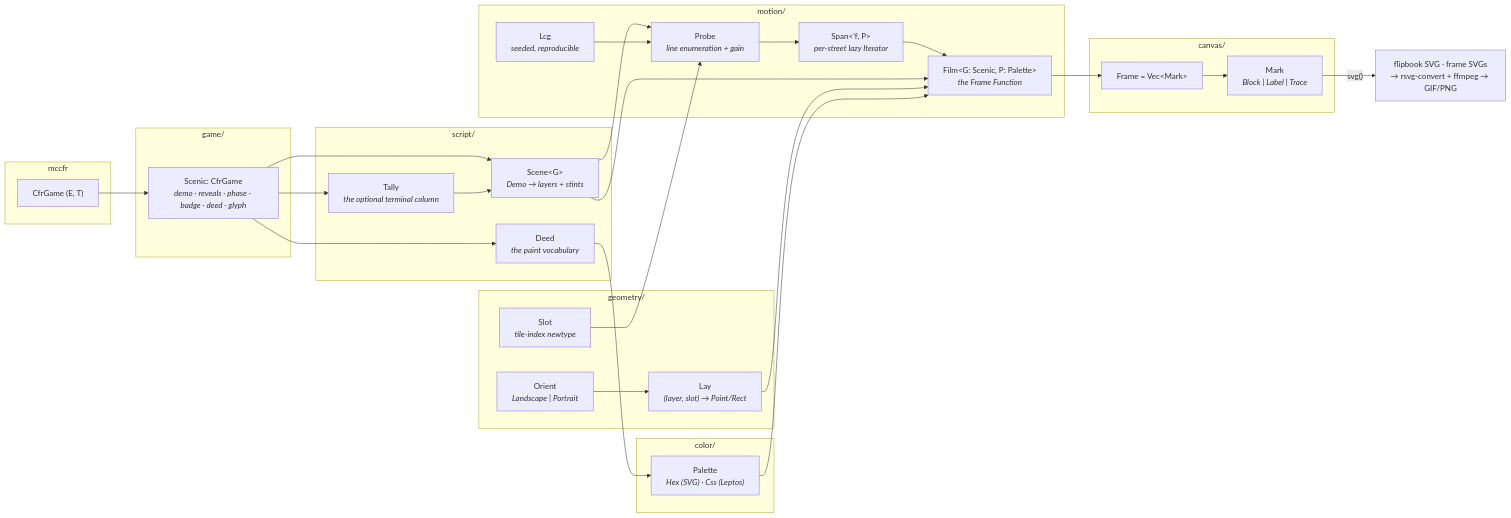
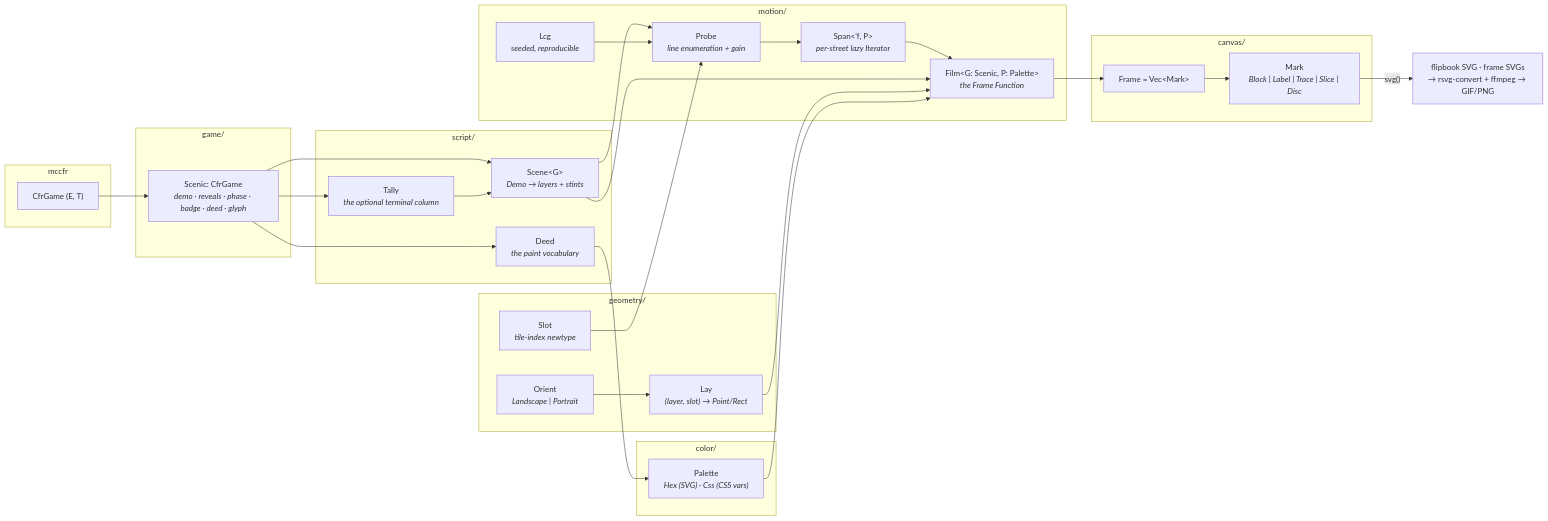
Before and after one commit to krukah/robopoker: the diagram in crates/reel/README.md, drawn with Mermaid. The commit also changed other lines of this file and 26 other files, not shown here.

````diff
--- a/crates/reel/README.md
+++ b/crates/reel/README.md
@@ -10,48 +10,48 @@
 ```mermaid
 flowchart LR
   subgraph mccfr
     game["CfrGame (E, T)"]
   end
   subgraph gamedir ["game/"]
     scenic["Scenic: CfrGame<br/><i>demo · reveals · phase · badge · deed · glyph</i>"]
   end
   subgraph script ["script/"]
     scene["Scene&lt;G&gt;<br/><i>Demo → layers + stints</i>"]
     deed["Deed<br/><i>the paint vocabulary</i>"]
     tally["Tally<br/><i>the optional terminal column</i>"]
   end
   subgraph geometry ["geometry/"]
     slot["Slot<br/><i>tile-index newtype</i>"]
     orient["Orient<br/><i>Landscape | Portrait</i>"]
     lay["Lay<br/><i>(layer, slot) → Point/Rect</i>"]
   end
   subgraph motion ["motion/"]
     lcg["Lcg<br/><i>seeded, reproducible</i>"]
     probe["Probe<br/><i>line enumeration + gain</i>"]
     film["Film&lt;G: Scenic, P: Palette&gt;<br/><i>the Frame Function</i>"]
     span["Span&lt;'f, P&gt;<br/><i>per-street lazy Iterator</i>"]
   end
   subgraph canvas ["canvas/"]
     frame["Frame = Vec&lt;Mark&gt;"]
-    mark["Mark<br/><i>Block | Label | Trace</i>"]
+    mark["Mark<br/><i>Block | Label | Trace | Slice | Disc</i>"]
   end
   subgraph color ["color/"]
-    paint["Palette<br/><i>Hex (SVG) · Css (Leptos)</i>"]
+    paint["Palette<br/><i>Hex (SVG) · Css (CSS vars)</i>"]
   end
   game --> scenic
   scenic --> scene
   scenic --> tally --> scene
   scenic --> deed --> paint
   scene --> probe
   lcg --> probe
   slot --> probe
   probe --> span
   span --> film
   scene --> film
   orient --> lay
   lay --> film
   paint --> film
   film --> frame
   frame --> mark
   mark -->|"svg()"| out["flipbook SVG · frame SVGs<br/>→ rsvg-convert + ffmpeg → GIF/PNG"]
 ```
````
